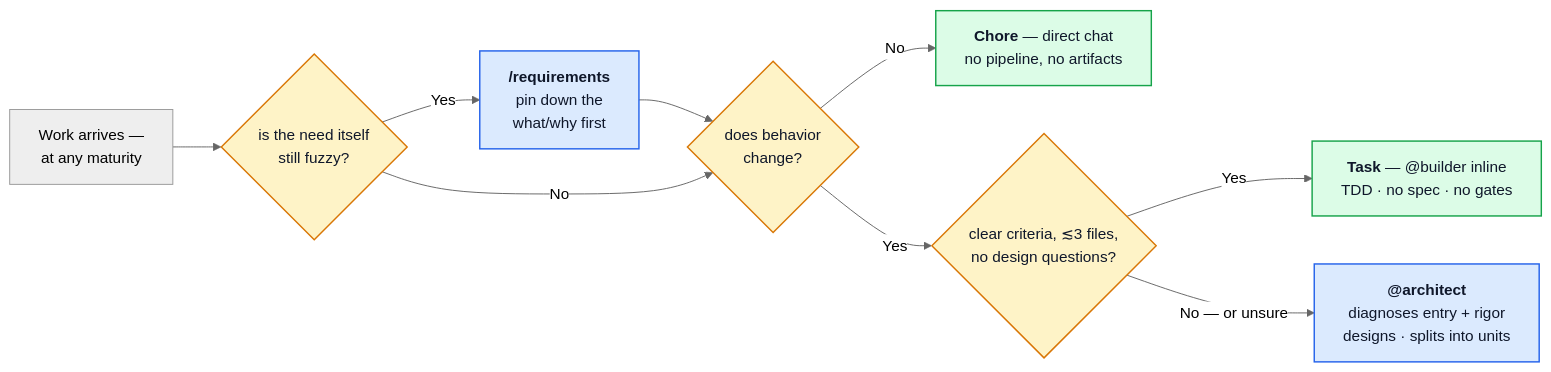
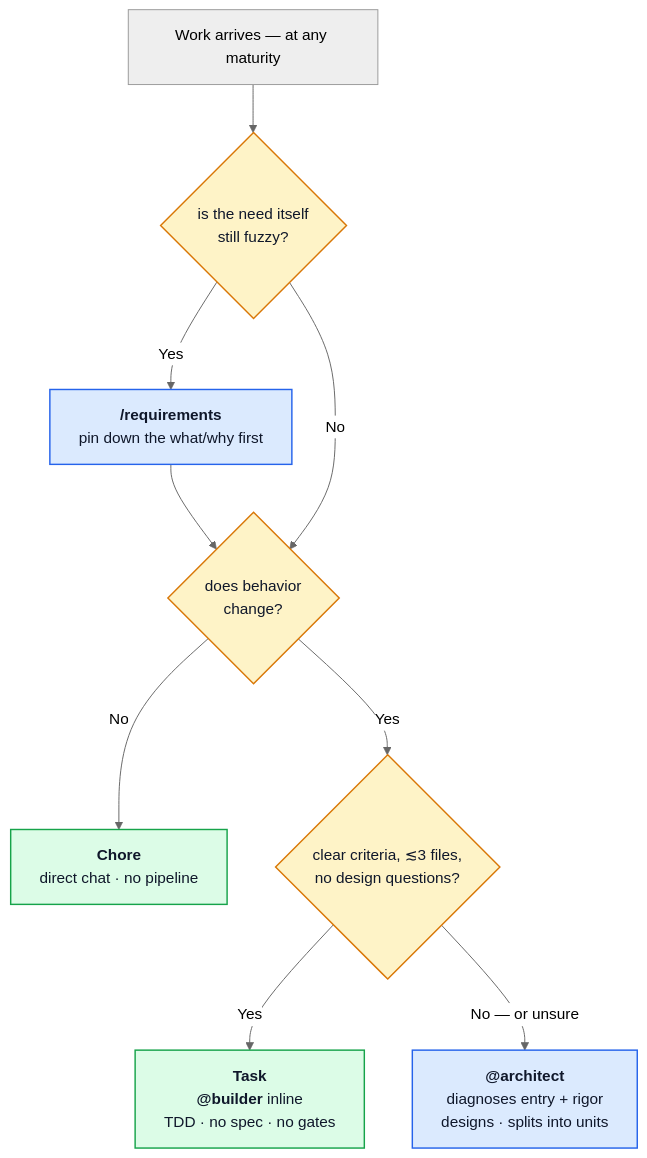
The first of 4 diagrams in docs/WORKFLOW.md (AmirAnckonina/aa-agentic-workflow), drawn with Mermaid (neutral theme) before and after one commit. The commit also changed 2 other files, not shown here.

Commit message:
Return docs diagrams to vertical — GitHub scales wide LR bands unreadably small
GitHub fits mermaid SVGs to page width, so the 2500px-wide LR bands
rendered at ~33% scale with illegible text; vertical diagrams render at
natural size. Reverted README pipeline, WORKFLOW routing, and the DESIGN
ownership map to top-down, keeping the LR round's text fixes and
compacting the layout: README drops from 1940px to 1474px tall (brief on
an edge label, /requirements beside the entry instead of above it), and
every @agent / /command mention now sits bold on its own line.

````diff
--- a/docs/WORKFLOW.md
+++ b/docs/WORKFLOW.md
@@ -19,18 +19,18 @@
 ```mermaid
-flowchart LR
-    S["Work arrives —<br/>at any maturity"] --> Q0{"is the need itself<br/>still fuzzy?"}
-    Q0 -->|Yes| RQ["<b>/requirements</b><br/>pin down the<br/>what/why first"]
+flowchart TD
+    S["Work arrives — at any maturity"] --> Q0{"is the need itself<br/>still fuzzy?"}
+    Q0 -->|Yes| RQ["<b>/requirements</b><br/>pin down the what/why first"]
     RQ --> Q1
     Q0 -->|No| Q1{"does behavior<br/>change?"}
-    Q1 -->|No| C["<b>Chore</b> — direct chat<br/>no pipeline, no artifacts"]
+    Q1 -->|No| C["<b>Chore</b><br/>direct chat · no pipeline"]
     Q1 -->|Yes| Q2{"clear criteria, ≲3 files,<br/>no design questions?"}
-    Q2 -->|Yes| TK["<b>Task</b> — @builder inline<br/>TDD · no spec · no gates"]
+    Q2 -->|Yes| TK["<b>Task</b><br/><b>@builder</b> inline<br/>TDD · no spec · no gates"]
     Q2 -->|"No — or unsure"| AR["<b>@architect</b><br/>diagnoses entry + rigor<br/>designs · splits into units"]
 
     classDef q fill:#fef3c7,stroke:#d97706,stroke-width:1.5px,color:#0f172a
     classDef light fill:#dcfce7,stroke:#16a34a,stroke-width:1.5px,color:#0f172a
     classDef heavy fill:#dbeafe,stroke:#2563eb,stroke-width:1.5px,color:#0f172a
     class Q0,Q1,Q2 q
     class C,TK light
     class RQ,AR heavy
 ```
````
